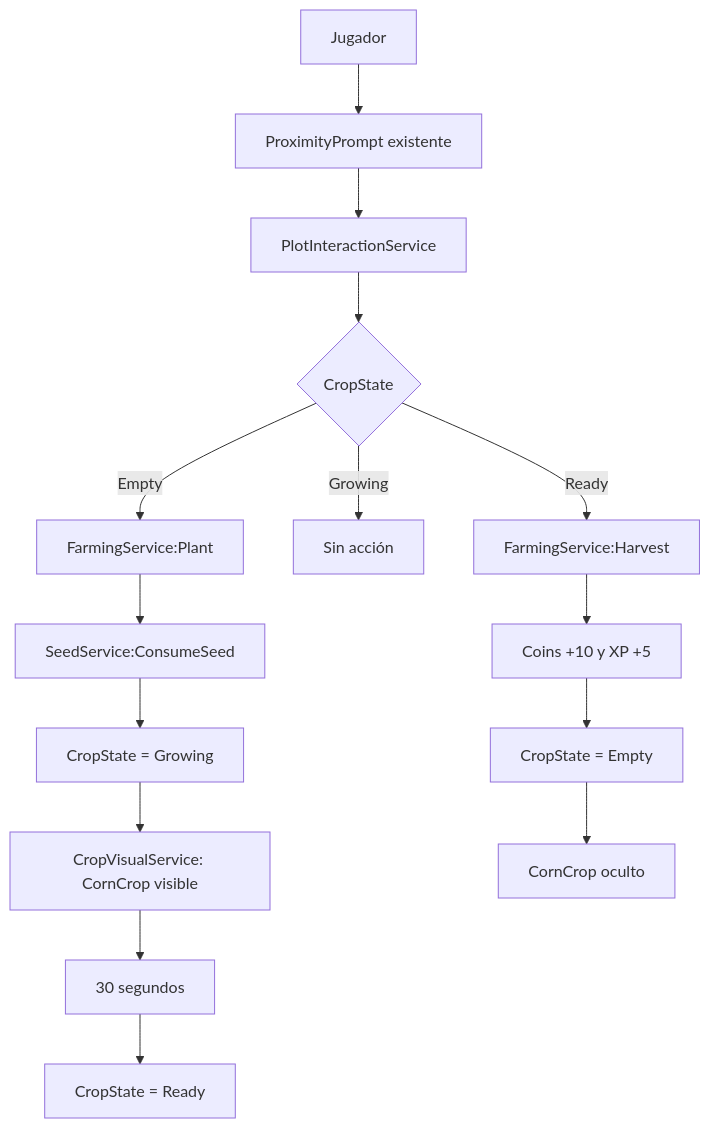
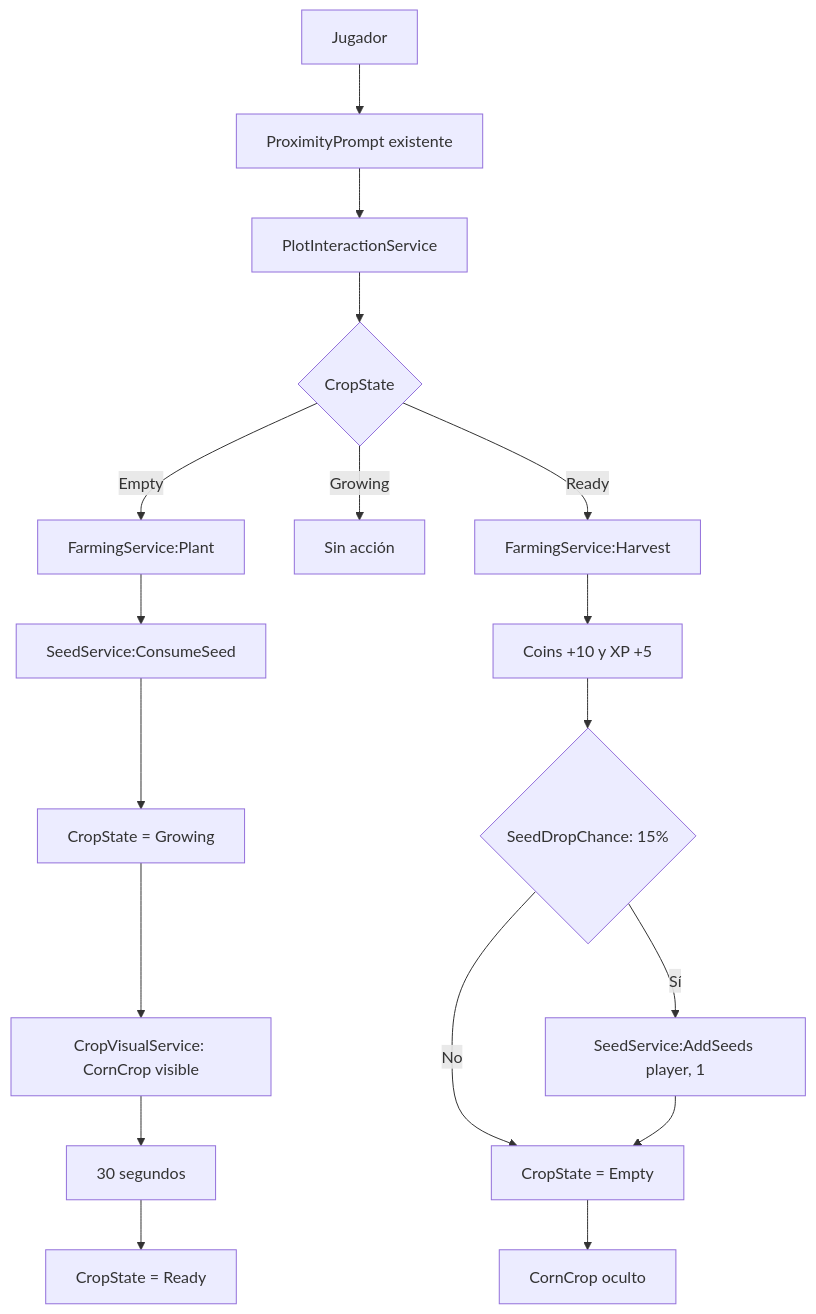
The diagram in README.md (LuisDiaz122001/Jardin-Agrodiverso), drawn with Mermaid before and after one commit. The commit also changed other lines of this file, not shown here.

````diff
--- a/README.md
+++ b/README.md
@@ -163,17 +164,20 @@
 ```mermaid
 flowchart TD
     A[Jugador] --> B[ProximityPrompt existente]
     B --> C[PlotInteractionService]
     C --> D{CropState}
     D -->|Empty| E[FarmingService:Plant]
     E --> F[SeedService:ConsumeSeed]
     F --> G[CropState = Growing]
     G --> H[CropVisualService: CornCrop visible]
     H --> I[30 segundos]
     I --> J[CropState = Ready]
     D -->|Growing| K[Sin acción]
     D -->|Ready| L[FarmingService:Harvest]
     L --> M[Coins +10 y XP +5]
-    M --> N[CropState = Empty]
+    M --> Q{SeedDropChance: 15%}
+    Q -->|Sí| R[SeedService:AddSeeds player, 1]
+    Q -->|No| N[CropState = Empty]
+    R --> N
     N --> O[CornCrop oculto]
 ```
````
